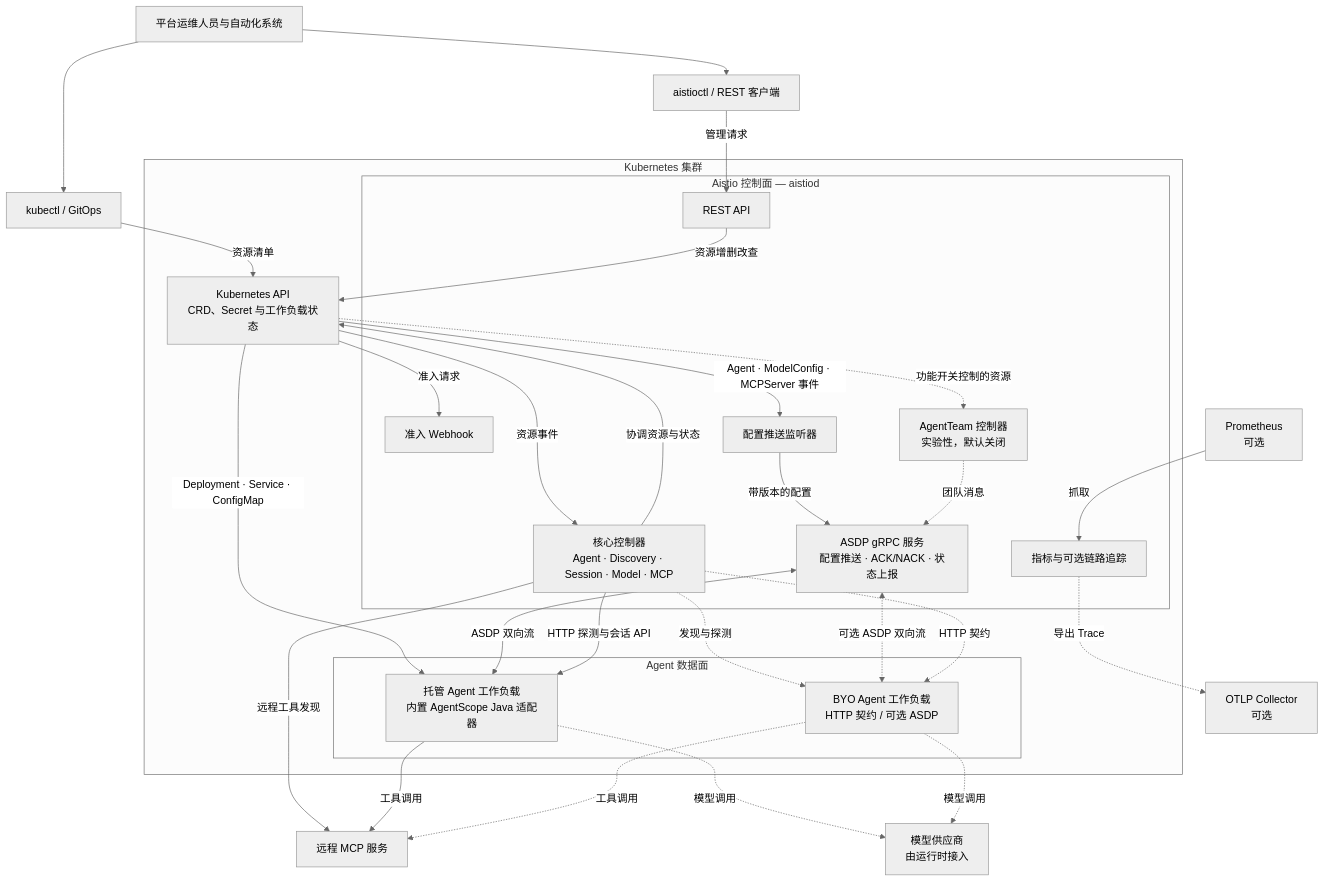
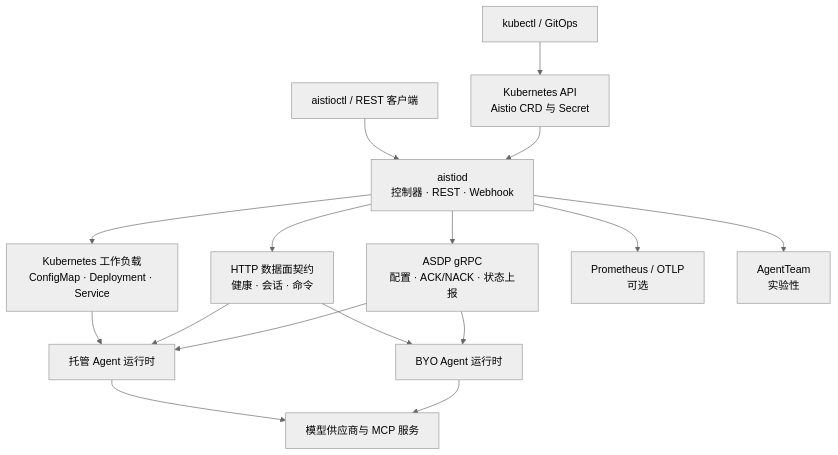
The diagram in README_zh.md (spring-ai-alibaba/aistio), drawn with Mermaid (neutral theme) before and after one commit. The commit also changed 1 other file, not shown here.

Commit message:
docs: simplify Mermaid architecture diagrams

````diff
--- a/README_zh.md
+++ b/README_zh.md
@@ -57,59 +57,31 @@
 ```mermaid
 flowchart TB
-    operator["平台运维人员与自动化系统"]
-    cli["aistioctl / REST 客户端"]
     kubectl["kubectl / GitOps"]
-    remoteMCP["远程 MCP 服务"]
-    providers["模型供应商<br/>由运行时接入"]
-    prometheus["Prometheus<br/>可选"]
-    otlp["OTLP Collector<br/>可选"]
+    clients["aistioctl / REST 客户端"]
+    api["Kubernetes API<br/>Aistio CRD 与 Secret"]
+    control["aistiod<br/>控制器 · REST · Webhook"]
+    resources["Kubernetes 工作负载<br/>ConfigMap · Deployment · Service"]
+    http["HTTP 数据面契约<br/>健康 · 会话 · 命令"]
+    asdp["ASDP gRPC<br/>配置 · ACK/NACK · 状态上报"]
+    managed["托管 Agent 运行时"]
+    byo["BYO Agent 运行时"]
+    external["模型供应商与 MCP 服务"]
+    observability["Prometheus / OTLP<br/>可选"]
+    team["AgentTeam<br/>实验性"]
 
-    operator --> cli
-    operator --> kubectl
-
-    subgraph cluster["Kubernetes 集群"]
-        kapi["Kubernetes API<br/>CRD、Secret 与工作负载状态"]
-
-        subgraph control["Aistio 控制面 — aistiod"]
-            rest["REST API"]
-            webhook["准入 Webhook"]
-            controllers["核心控制器<br/>Agent · Discovery · Session · Model · MCP"]
-            watcher["配置推送监听器"]
-            asdp["ASDP gRPC 服务<br/>配置推送 · ACK/NACK · 状态上报"]
-            team["AgentTeam 控制器<br/>实验性，默认关闭"]
-            telemetry["指标与可选链路追踪"]
-        end
-
-        subgraph dataplane["Agent 数据面"]
-            managed["托管 Agent 工作负载<br/>内置 AgentScope Java 适配器"]
-            byo["BYO Agent 工作负载<br/>HTTP 契约 / 可选 ASDP"]
-        end
-    end
-
-    cli -->|管理请求| rest
-    kubectl -->|资源清单| kapi
-    rest -->|资源增删改查| kapi
-    kapi -->|准入请求| webhook
-    kapi -->|资源事件| controllers
-    controllers -->|协调资源与状态| kapi
-    kapi -->|Deployment · Service · ConfigMap| managed
-    controllers -.->|发现与探测| byo
-
-    kapi -->|Agent · ModelConfig · MCPServer 事件| watcher
-    watcher -->|带版本的配置| asdp
-    asdp <-->|ASDP 双向流| managed
-    asdp <-.->|可选 ASDP 双向流| byo
-    controllers -->|HTTP 探测与会话 API| managed
-    controllers -.->|HTTP 契约| byo
-
-    controllers -->|远程工具发现| remoteMCP
-    managed -->|工具调用| remoteMCP
-    byo -.->|工具调用| remoteMCP
-    managed -.->|模型调用| providers
-    byo -.->|模型调用| providers
-
-    kapi -.->|功能开关控制的资源| team
-    team -.->|团队消息| asdp
-    prometheus -->|抓取| telemetry
-    telemetry -.->|导出 Trace| otlp
+    kubectl --> api
+    clients --> control
+    api --> control
+    control --> resources
+    resources --> managed
+    control --> http
+    http --> managed
+    http --> byo
+    control --> asdp
+    asdp --> managed
+    asdp --> byo
+    managed --> external
+    byo --> external
+    control --> observability
+    control --> team
 ```
````
